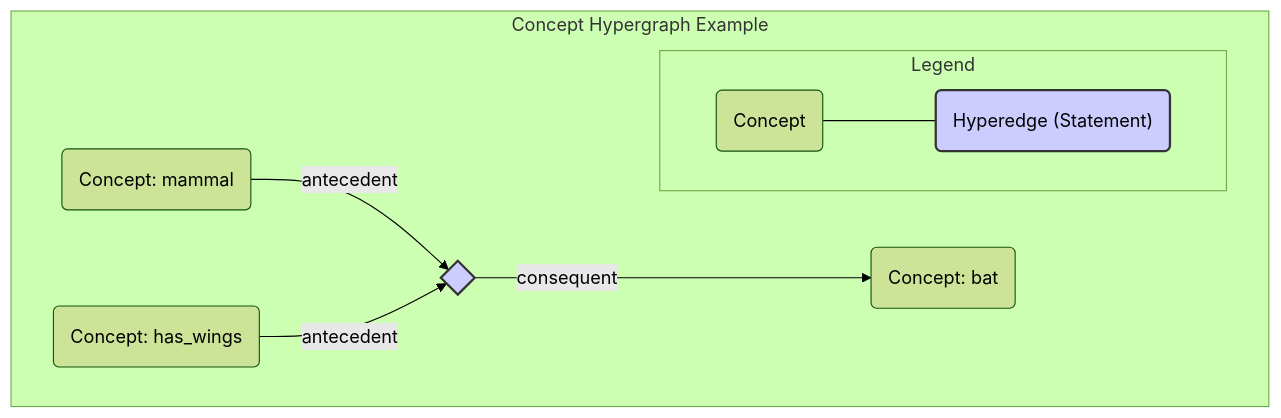
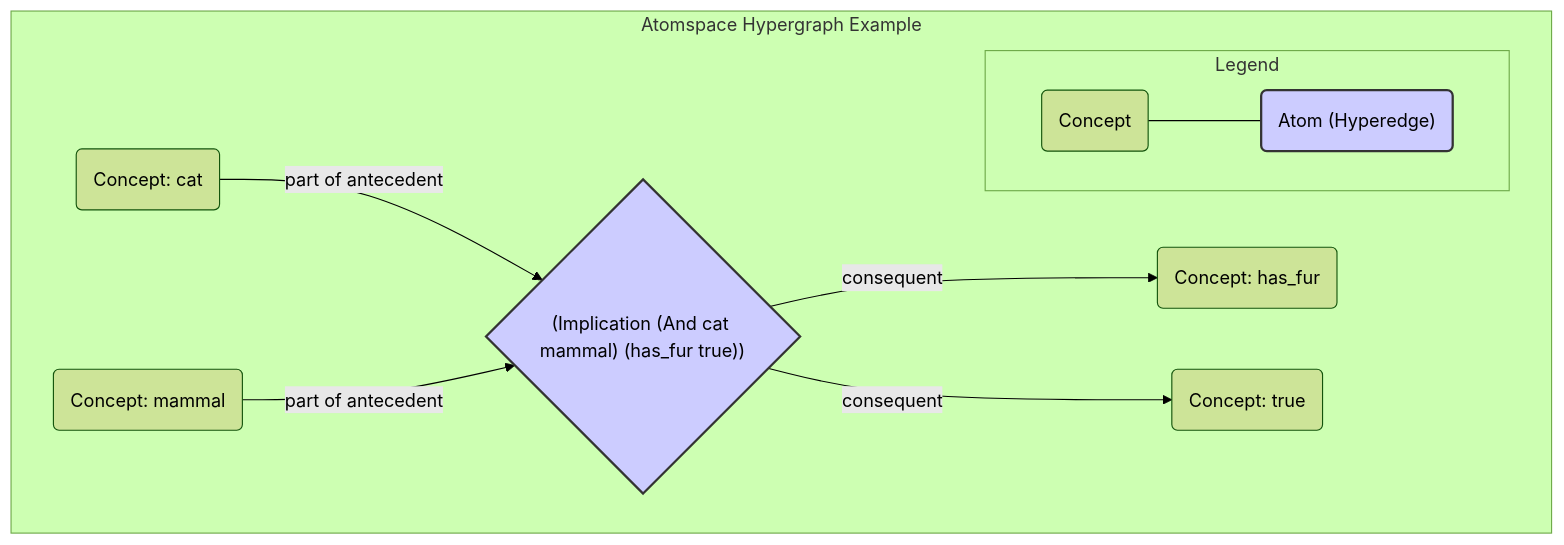
One commit to automenta/hypernars2 changed the second of 2 diagrams in README.md. Above: the diagram before and after it, drawn with Mermaid (forest theme). The commit also changed other lines of this file and 1 other file, not shown here.

````diff
--- a/README.md
+++ b/README.md
@@ -308,24 +299,22 @@
     ```mermaid
     graph TD
-        subgraph "Concept Hypergraph Example"
-            A("Concept: mammal")
-            B("Concept: has_wings")
-            C("Concept: bat")
-
-            Hyperedge{ }
-
-            A -- "antecedent" --> Hyperedge
-            B -- "antecedent" --> Hyperedge
+        subgraph "Atomspace Hypergraph Example"
+            A("Concept: cat")
+            B("Concept: mammal")
+            C("Concept: has_fur")
+            D("Concept: true")
+            Hyperedge{"(Implication (And cat mammal) (has_fur true))"}
+            A -- "part of antecedent" --> Hyperedge
+            B -- "part of antecedent" --> Hyperedge
             Hyperedge -- "consequent" --> C
-
+            Hyperedge -- "consequent" --> D
             subgraph Legend
                 direction LR
                 L1("Concept")
-                L2{ }
-                L1---L2("Hyperedge (Statement)")
+                L2{" "}
+                L1---L2("Atom (Hyperedge)")
             end
         end
-
         style Hyperedge fill:#ccf,stroke:#333,stroke-width:2px,rx:5px,ry:5px
         style L2 fill:#ccf,stroke:#333,stroke-width:2px,rx:5px,ry:5px
     ```
````
